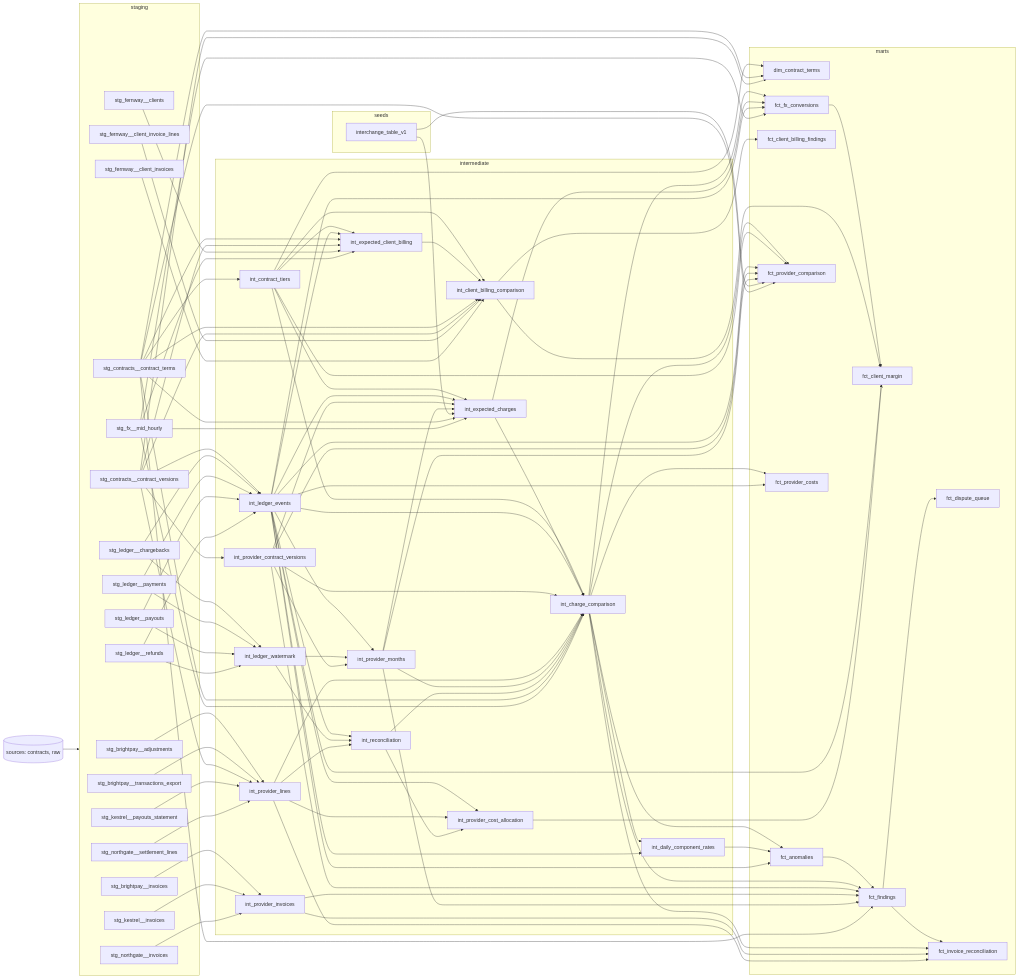
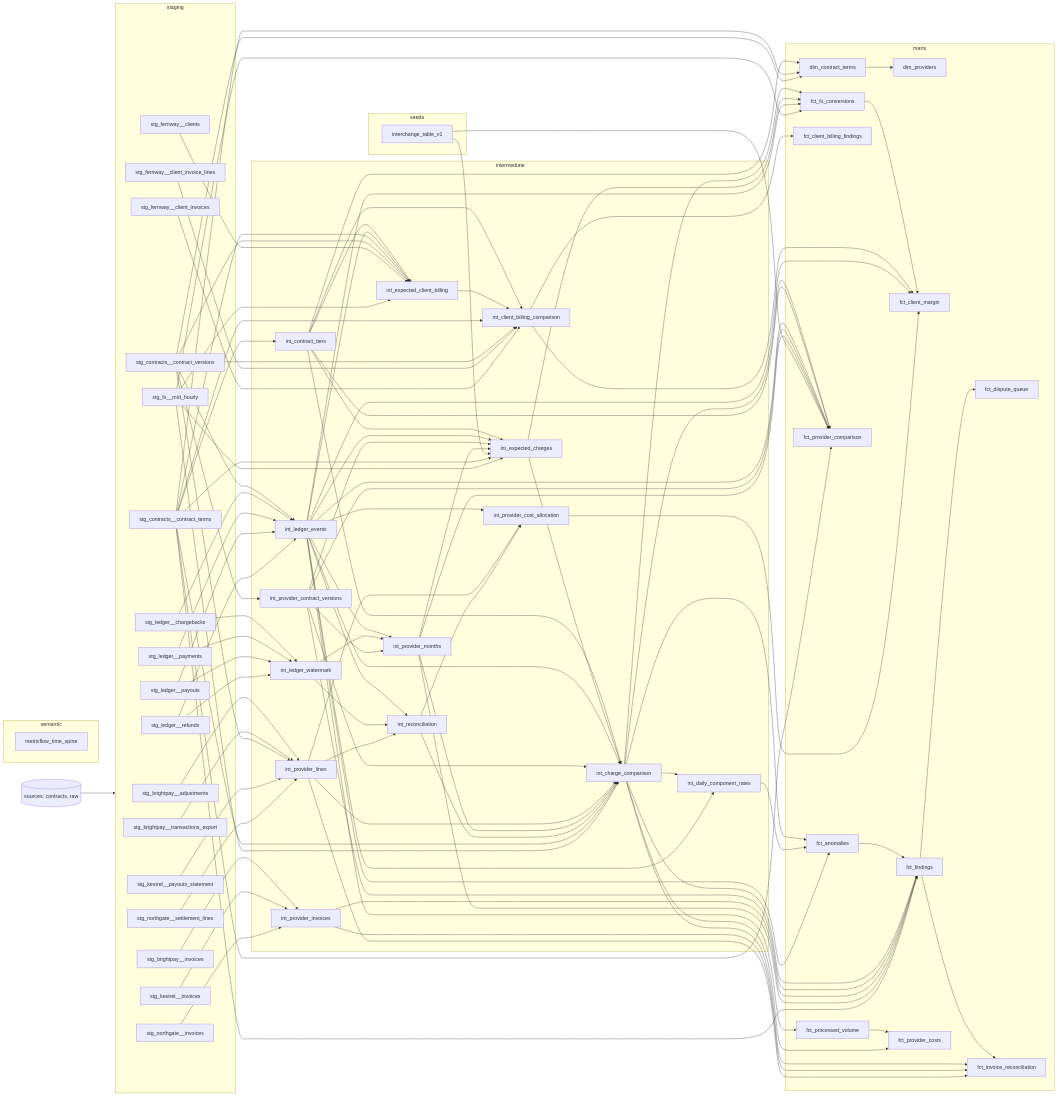
One commit to Milos-Blagojevic/payments-fee-audit changed the diagram in README.md. Above: the diagram before and after it, drawn with Mermaid. The commit also changed other lines of this file and 30 other files, not shown here.

```diff
--- a/README.md
+++ b/README.md
@@ -189,6 +189,7 @@
   end
   subgraph marts
     dim_contract_terms
+    dim_providers
     fct_anomalies
     fct_client_billing_findings
     fct_client_margin
@@ -196,14 +197,20 @@
     fct_findings
     fct_fx_conversions
     fct_invoice_reconciliation
+    fct_processed_volume
     fct_provider_comparison
     fct_provider_costs
   end
+  subgraph semantic
+    metricflow_time_spine
+  end
   raw --> staging
+  dim_contract_terms --> dim_providers
   fct_anomalies --> fct_findings
   fct_findings --> fct_dispute_queue
   fct_findings --> fct_invoice_reconciliation
   fct_fx_conversions --> fct_client_margin
+  fct_processed_volume --> fct_provider_costs
   int_charge_comparison --> fct_anomalies
   int_charge_comparison --> fct_findings
   int_charge_comparison --> fct_fx_conversions
@@ -226,8 +233,8 @@
   int_ledger_events --> fct_anomalies
   int_ledger_events --> fct_client_margin
   int_ledger_events --> fct_fx_conversions
+  int_ledger_events --> fct_processed_volume
   int_ledger_events --> fct_provider_comparison
-  int_ledger_events --> fct_provider_costs
   int_ledger_events --> int_charge_comparison
   int_ledger_events --> int_daily_component_rates
   int_ledger_events --> int_expected_charges
```
